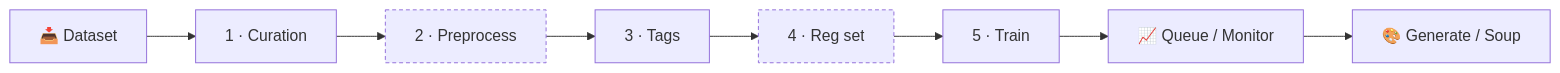
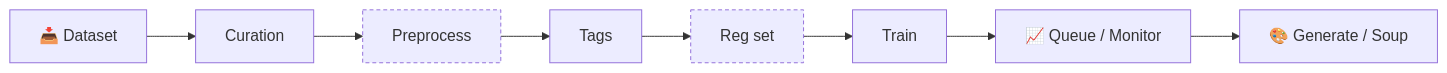
The diagram in README.md (Lemongrassis/LemongrassisLora), drawn with Mermaid before and after one commit. The commit also changed other lines of this file, not shown here.

````diff
--- a/README.md
+++ b/README.md
@@ -266,12 +115,12 @@
 ```mermaid
 flowchart LR
-    A[📥 Dataset] --> B[1 · Curation]
-    B --> C[2 · Preprocess]
-    C --> D[3 · Tags]
-    D --> E[4 · Reg set]
-    E --> F[5 · Train]
+    A[📥 Dataset] --> B[Curation]
+    B --> C[Preprocess]
+    C --> D[Tags]
+    D --> E[Reg set]
+    E --> F[Train]
     F --> G[📈 Queue / Monitor]
     G --> H[🎨 Generate / Soup]
     style C stroke-dasharray: 4 3
     style E stroke-dasharray: 4 3
 ```
````
